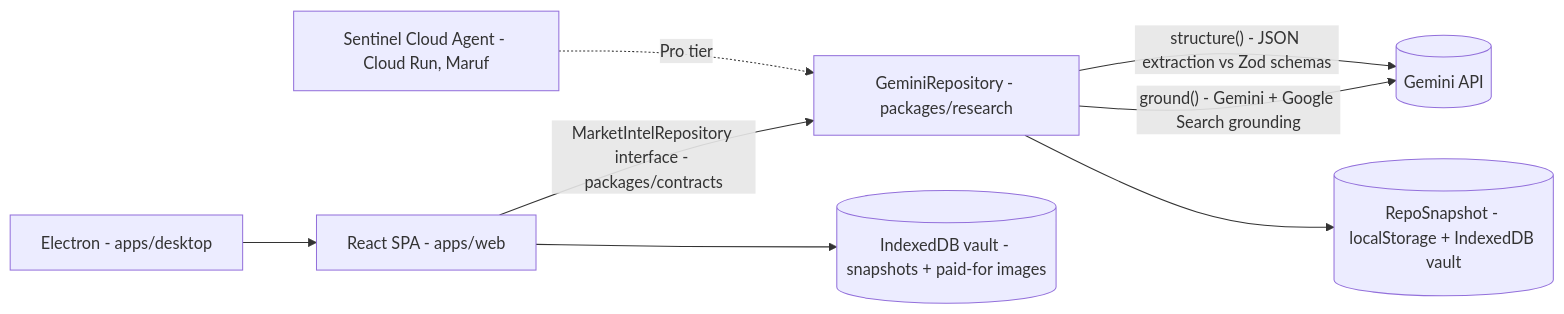
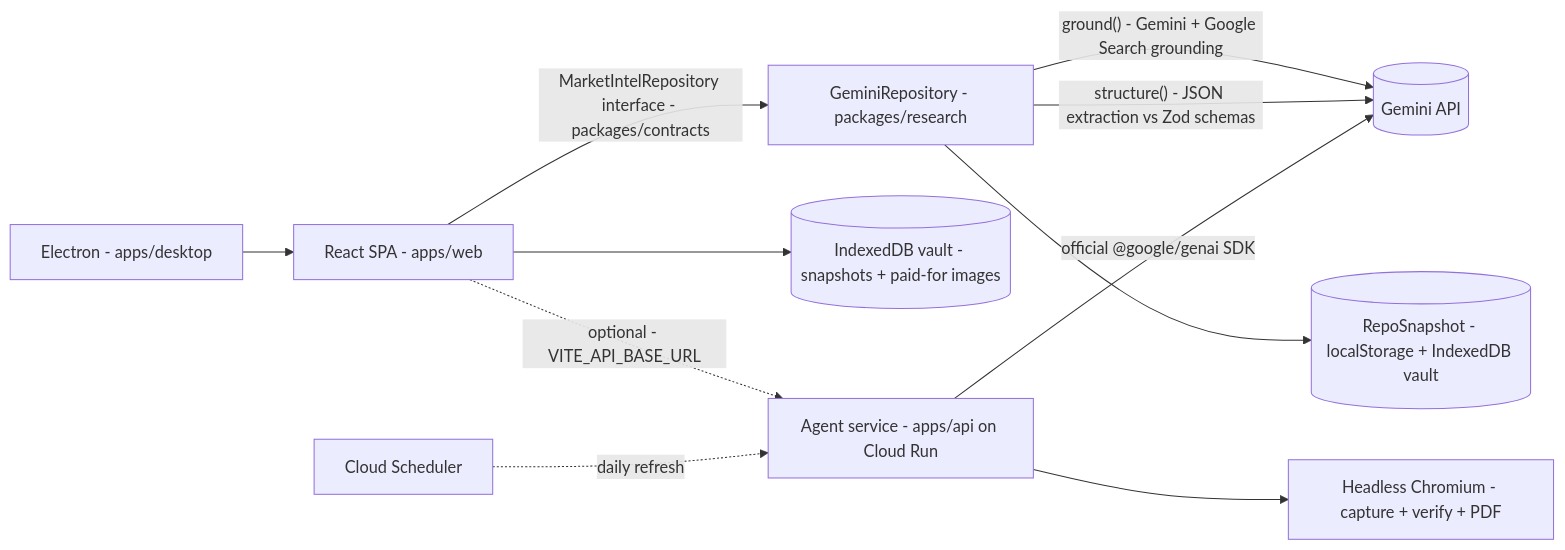
One commit to NewSamBellamy/STRATEMARK-latest- changed the diagram in README.md. Above: the diagram before and after it, drawn with Mermaid. The commit also changed other lines of this file and 26 other files, not shown here.

First line of the commit message:
feat(api): Cloud Run agent service on the official Google GenAI SDK (#42)

````diff
--- a/README.md
+++ b/README.md
@@ -58,10 +61,13 @@
 ```mermaid
 flowchart LR
   UI[React SPA - apps/web] -->|MarketIntelRepository interface - packages/contracts| Repo[GeminiRepository - packages/research]
   Repo -->|"ground() - Gemini + Google Search grounding"| Gemini[(Gemini API)]
   Repo -->|"structure() - JSON extraction vs Zod schemas"| Gemini
   Repo --> Snap[(RepoSnapshot - localStorage + IndexedDB vault)]
   UI --> Vault[(IndexedDB vault - snapshots + paid-for images)]
   Desktop[Electron - apps/desktop] --> UI
-  Cloud[Sentinel Cloud Agent - Cloud Run, Maruf] -.->|Pro tier| Repo
+  UI -.->|optional - VITE_API_BASE_URL| Svc[Agent service - apps/api on Cloud Run]
+  Svc -->|official @google/genai SDK| Gemini
+  Svc --> Cap[Headless Chromium - capture + verify + PDF]
+  Sched[Cloud Scheduler] -.->|daily refresh| Svc
 ```
````
